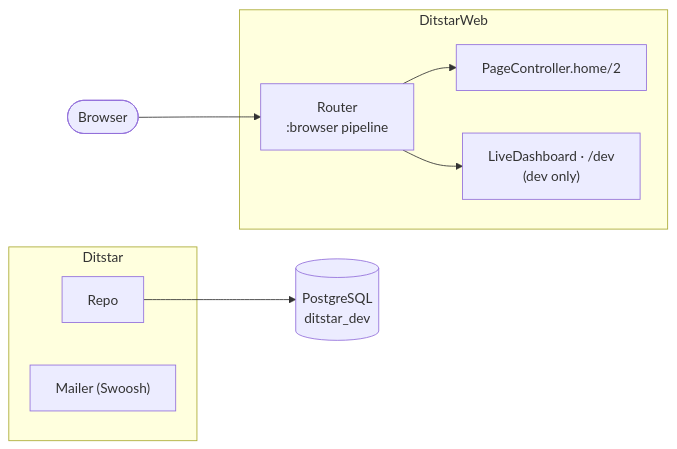
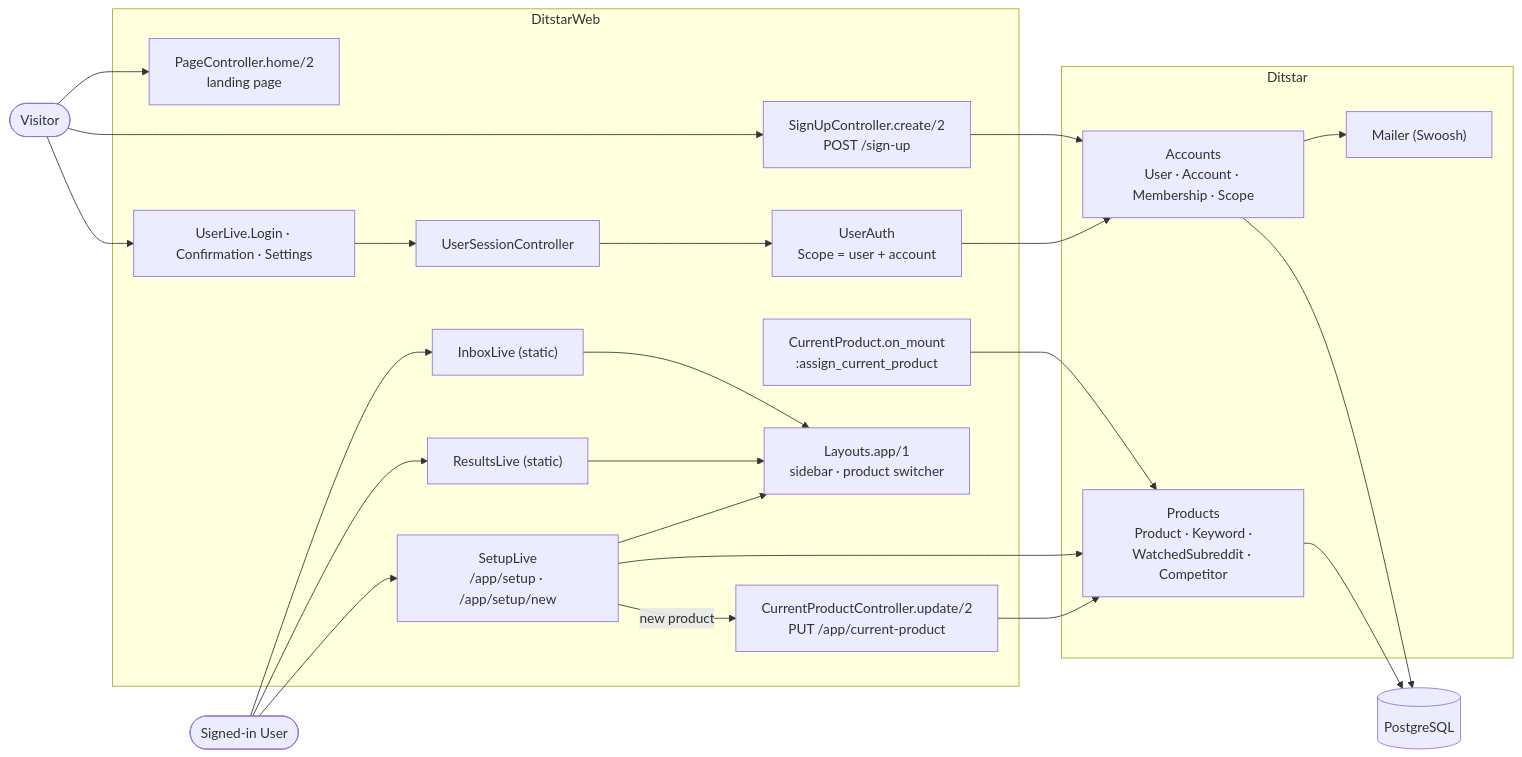
Before and after one commit to elpikel/ditstar: the diagram in ARCHITECTURE.md, drawn with Mermaid. The commit also changed other lines of this file and 135 other files, not shown here.

Commit message:
landing page

````diff
--- a/ARCHITECTURE.md
+++ b/ARCHITECTURE.md
@@ -9,21 +9,39 @@
 ```mermaid
 flowchart LR
-  browser(["Browser"])
+  visitor(["Visitor"])
+  user(["Signed-in User"])
 
   subgraph web["DitstarWeb"]
-    router["Router<br/>:browser pipeline"]
-    page["PageController.home/2"]
-    dashboard["LiveDashboard · /dev<br/>(dev only)"]
+    landing["PageController.home/2<br/>landing page"]
+    sign_up["SignUpController.create/2<br/>POST /sign-up"]
+    auth_live["UserLive.Login · Confirmation · Settings"]
+    session["UserSessionController"]
+    shell["Layouts.app/1<br/>sidebar · product switcher"]
+    inbox["InboxLive (static)"]
+    results["ResultsLive (static)"]
+    setup["SetupLive<br/>/app/setup · /app/setup/new"]
+    current_hook["CurrentProduct.on_mount<br/>:assign_current_product"]
+    current_ctrl["CurrentProductController.update/2<br/>PUT /app/current-product"]
+    user_auth["UserAuth<br/>Scope = user + account"]
   end
 
   subgraph core["Ditstar"]
-    repo["Repo"]
+    accounts["Accounts<br/>User · Account · Membership · Scope"]
+    products["Products<br/>Product · Keyword ·<br/>WatchedSubreddit · Competitor"]
     mailer["Mailer (Swoosh)"]
   end
 
-  db[("PostgreSQL<br/>ditstar_dev")]
+  db[("PostgreSQL")]
 
-  browser --> router --> page
-  router --> dashboard
-  repo --> db
+  visitor --> landing
+  visitor --> sign_up --> accounts
+  accounts --> mailer
+  visitor --> auth_live --> session --> user_auth
+  user --> inbox & results & setup
+  inbox & results & setup --> shell
+  current_hook --> products
+  setup --> products
+  setup -->|new product| current_ctrl --> products
+  user_auth --> accounts
+  accounts & products --> db
 ```
````
